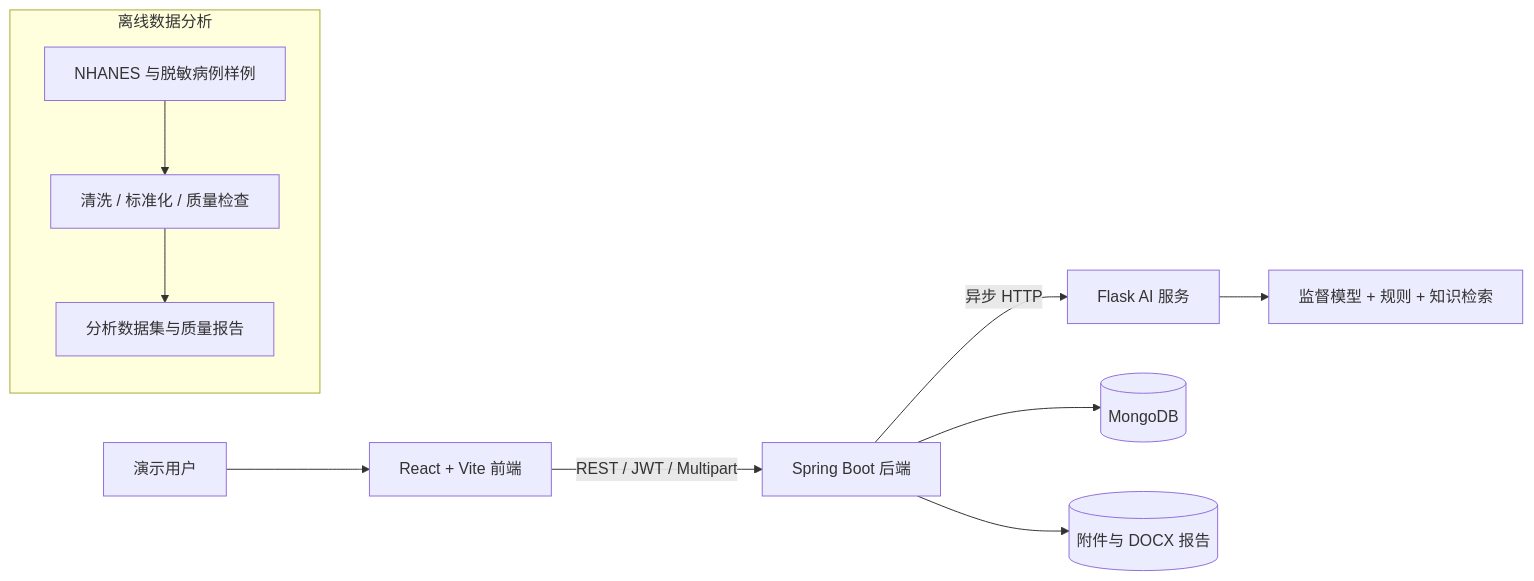
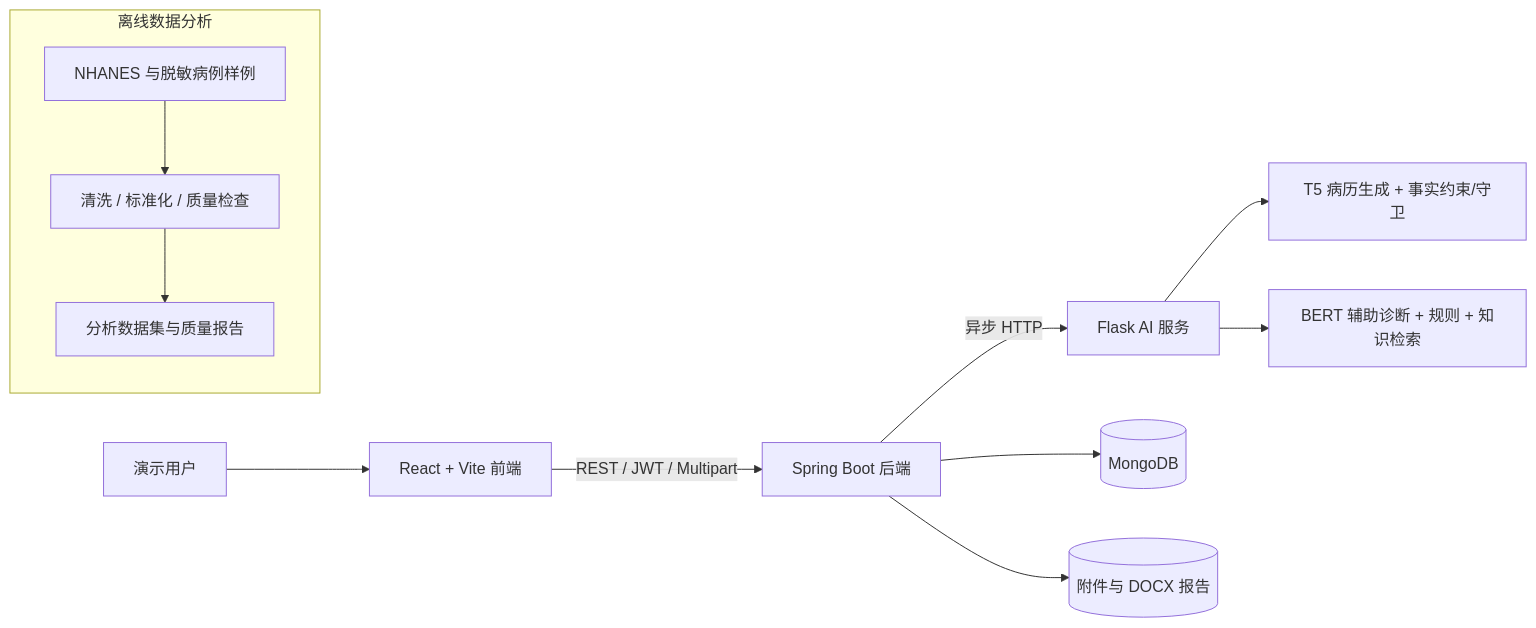
Before and after one commit to liumumumumu/Medical-Record-System: the diagram in README.md, drawn with Mermaid. The commit also changed other lines of this file and 88 other files, not shown here.

````diff
--- a/README.md
+++ b/README.md
@@ -46,14 +47,15 @@
 ```mermaid
 flowchart LR
     U["演示用户"] --> F["React + Vite 前端"]
     F -->|"REST / JWT / Multipart"| B["Spring Boot 后端"]
     B -->|"异步 HTTP"| A["Flask AI 服务"]
     B --> M[("MongoDB")]
     B --> S[("附件与 DOCX 报告")]
-    A --> H["监督模型 + 规则 + 知识检索"]
+    A --> G["T5 病历生成 + 事实约束/守卫"]
+    A --> H["BERT 辅助诊断 + 规则 + 知识检索"]
 
     subgraph Offline["离线数据分析"]
         D["NHANES 与脱敏病例样例"] --> P["清洗 / 标准化 / 质量检查"]
         P --> O["分析数据集与质量报告"]
     end
 ```
````
